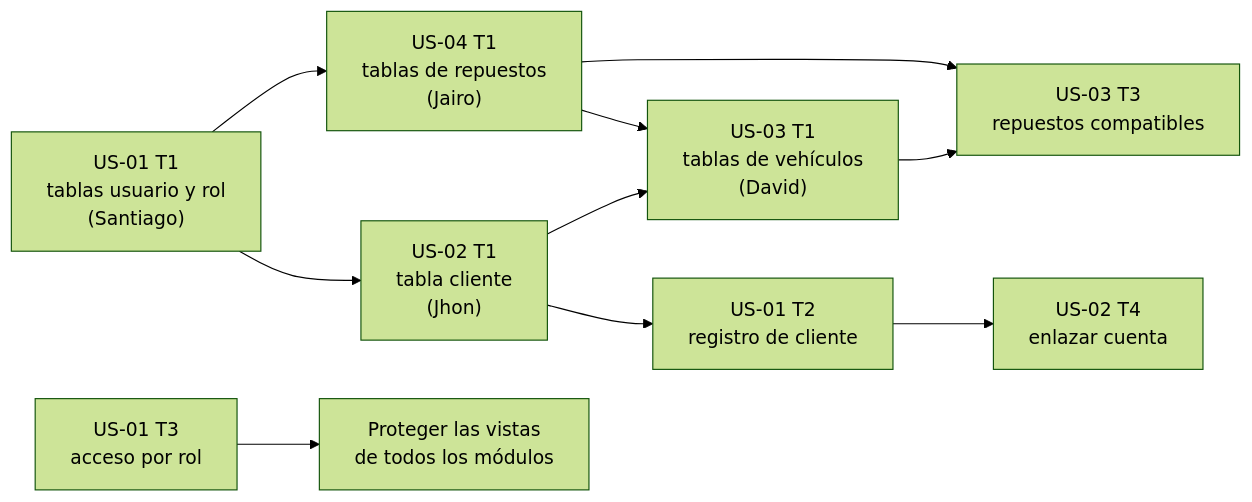
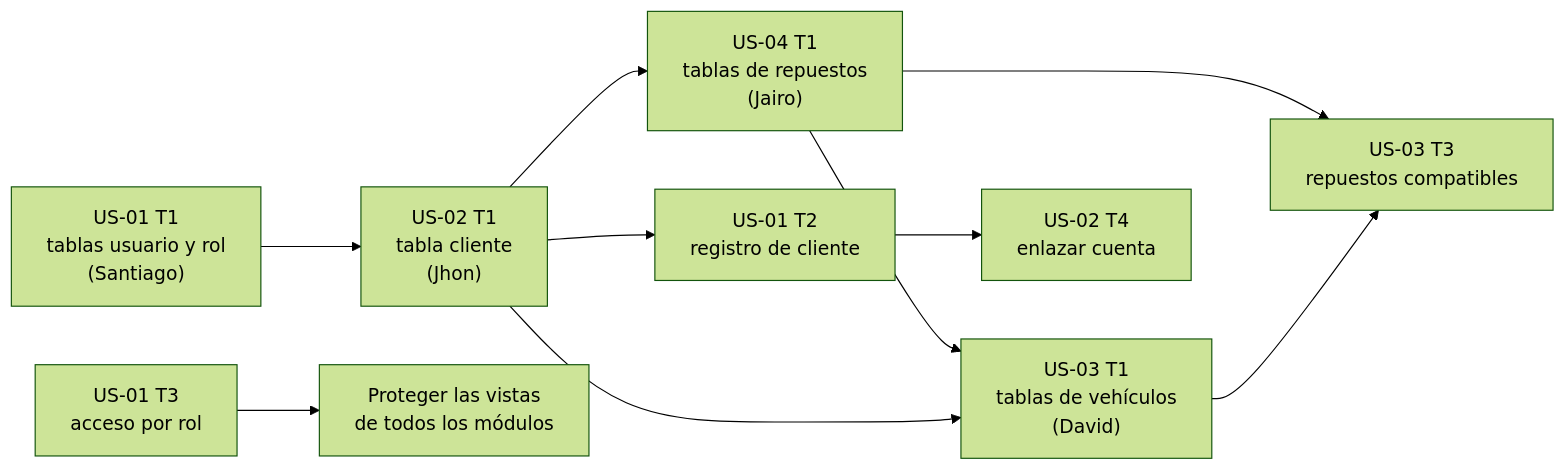
The diagram in PLAN-DE-TRABAJO.md (Thiago3108/repuauto), drawn with Mermaid (forest theme) before and after one commit. The commit also changed other lines of this file and 5 other files, not shown here.

````diff
--- a/PLAN-DE-TRABAJO.md
+++ b/PLAN-DE-TRABAJO.md
@@ -61,12 +61,12 @@
 ```mermaid
 graph LR
     U1T1["US-01 T1<br/>tablas usuario y rol<br/>(Santiago)"] --> U2T1["US-02 T1<br/>tabla cliente<br/>(Jhon)"]
     U4T1["US-04 T1<br/>tablas de repuestos<br/>(Jairo)"] --> U3T1["US-03 T1<br/>tablas de vehículos<br/>(David)"]
-    U1T1 --> U4T1
+    U2T1 --> U4T1
     U2T1 --> U3T1
     U1T2["US-01 T2<br/>registro de cliente"] --> U2T4["US-02 T4<br/>enlazar cuenta"]
     U2T1 --> U1T2
     U1T3["US-01 T3<br/>acceso por rol"] --> ROL["Proteger las vistas<br/>de todos los módulos"]
     U4T1 --> U3T3["US-03 T3<br/>repuestos compatibles"]
     U3T1 --> U3T3
 ```
````
